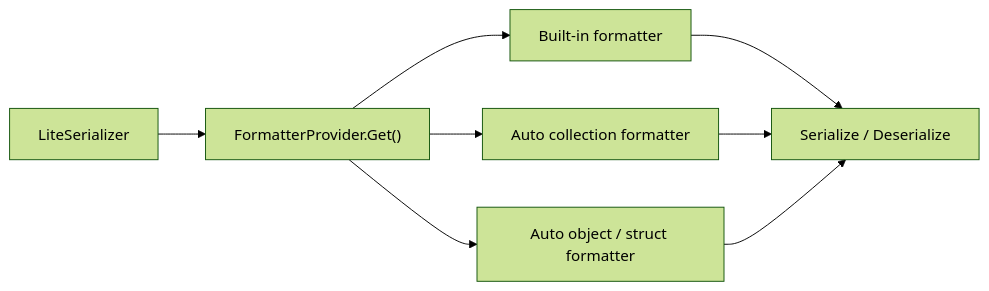
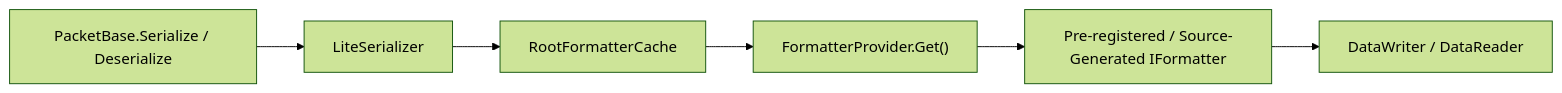
One commit to ppn-systems/nalix-docs changed the diagram in src/content/docs/en-us/api/codec/serialization/packet-serialization.md. Above: the diagram before and after it, drawn with Mermaid (forest theme). The commit also changed other lines of this file and 180 other files, not shown here.

````diff
--- a/src/content/docs/en-us/api/codec/serialization/packet-serialization.md
+++ b/src/content/docs/en-us/api/codec/serialization/packet-serialization.md
@@ -147,10 +51,8 @@
 ```mermaid
 flowchart LR
-    A["LiteSerializer"] --> B["FormatterProvider.Get<T>()"]
-    B --> C["Built-in formatter"]
-    B --> D["Auto collection formatter"]
-    B --> E["Auto object / struct formatter"]
-    C --> F["Serialize / Deserialize"]
-    D --> F
-    E --> F
+    A["PacketBase<TSelf>.Serialize / Deserialize"] --> B["LiteSerializer"]
+    B --> C["RootFormatterCache<T>"]
+    C --> D["FormatterProvider.Get<T>()"]
+    D --> E["Pre-registered / Source-Generated IFormatter<T>"]
+    E --> F["DataWriter / DataReader"]
 ```
````
